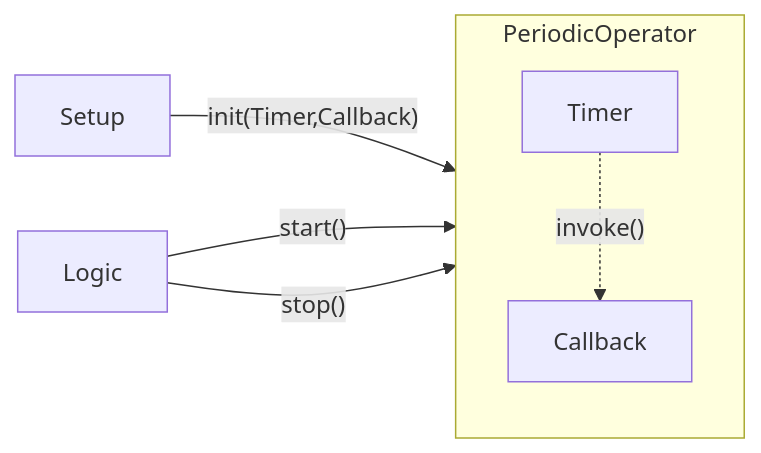
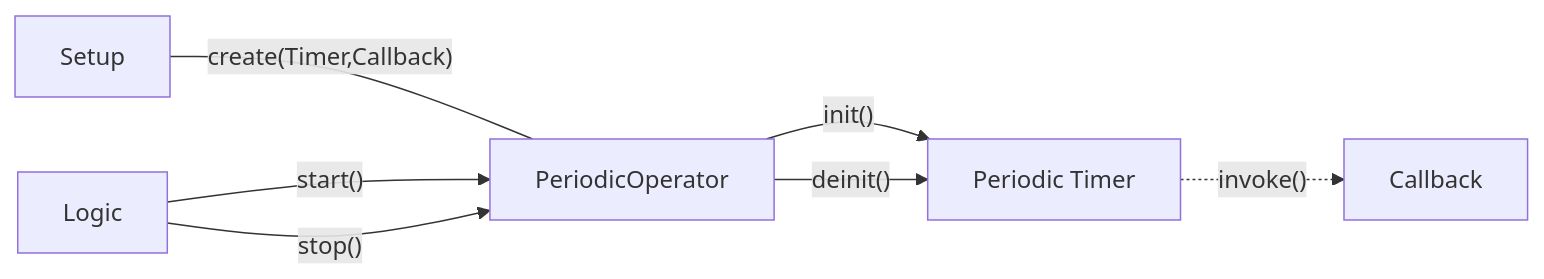
One commit to freemansoft/ESP8266-MicroPython changed the fifth of 6 diagrams in README.md. Above: the diagram before and after it, drawn with Mermaid.

Commit message:
Periodic Operator wouldn't render on GitHub

````diff
--- a/README.md
+++ b/README.md
@@ -207,12 +207,13 @@
 ```mermaid
 graph LR;
-    subgraph PeriodicOperator
-        Timer
-        Callback
-        Timer -.->|"invoke()"| Callback
-    end
-    Setup--> |"init(Timer,Callback)"|PeriodicOperator
+    PeriodicOperator
+    Timer
+    Callback
+    Timer[Periodic Timer] -.->|"invoke()"| Callback
+    Setup--- |"create(Timer,Callback)"|PeriodicOperator
     Logic--> |"start()"|PeriodicOperator
+    PeriodicOperator -->|"init()"| Timer
+    PeriodicOperator -->|"deinit()"| Timer
     Logic--> |"stop()"|PeriodicOperator
 
 ```
````
